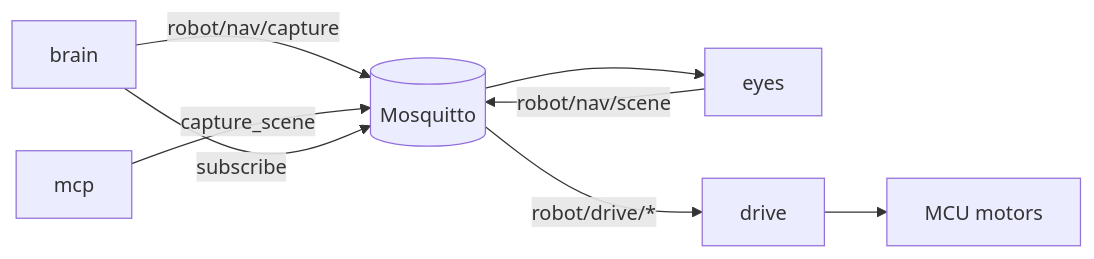
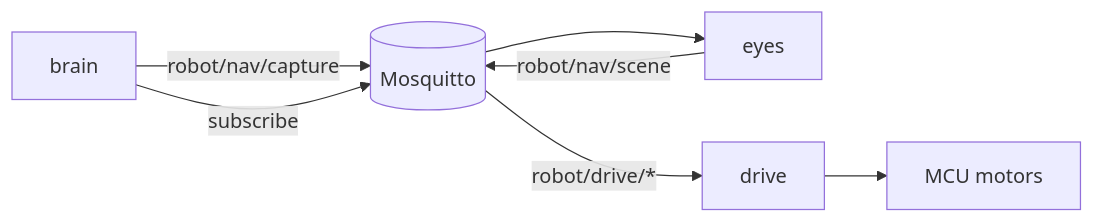
One commit to smart-puppet/.github changed the diagram in profile/README.md. Above: the diagram before and after it, drawn with Mermaid. The commit also changed other lines of this file, not shown here.

````diff
--- a/profile/README.md
+++ b/profile/README.md
@@ -14,10 +13,9 @@
 ```mermaid
 flowchart LR
   brain -->|robot/nav/capture| bus[(Mosquitto)]
-  mcp -->|capture_scene| bus
   bus --> eyes
   eyes -->|robot/nav/scene| bus
   brain -->|subscribe| bus
   bus -->|robot/drive/*| drive
   drive --> mcu[MCU motors]
 ```
````
